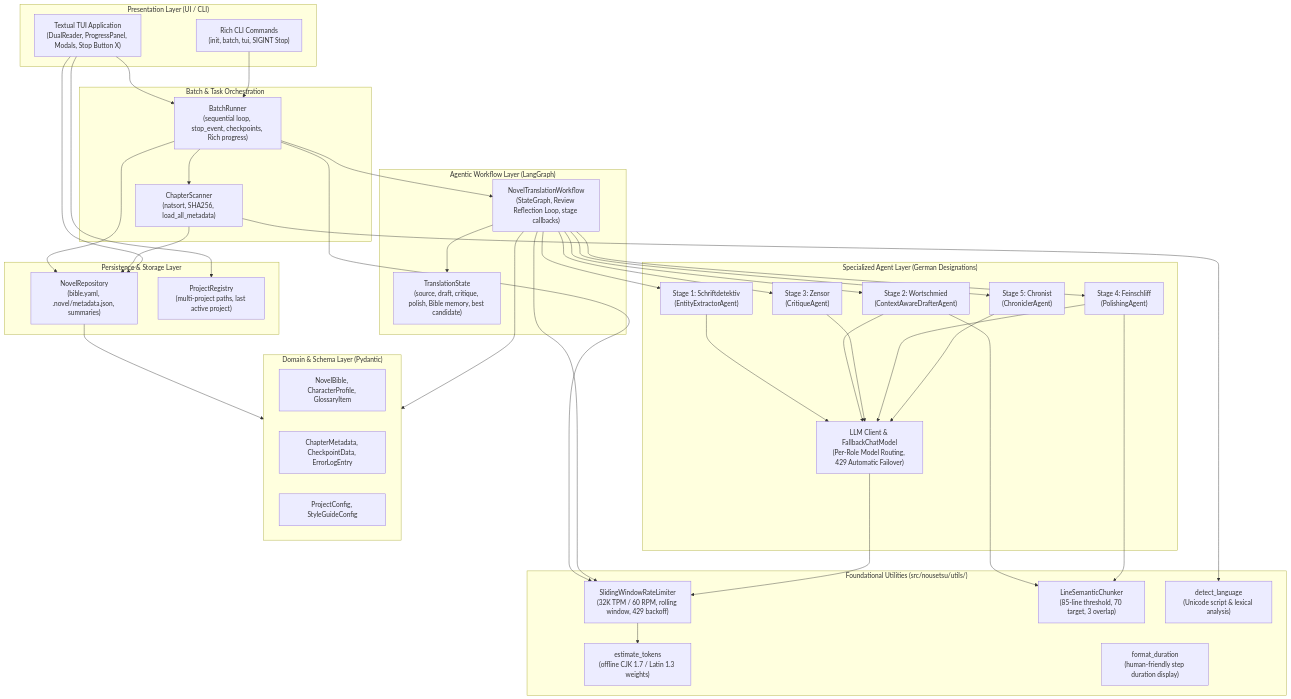
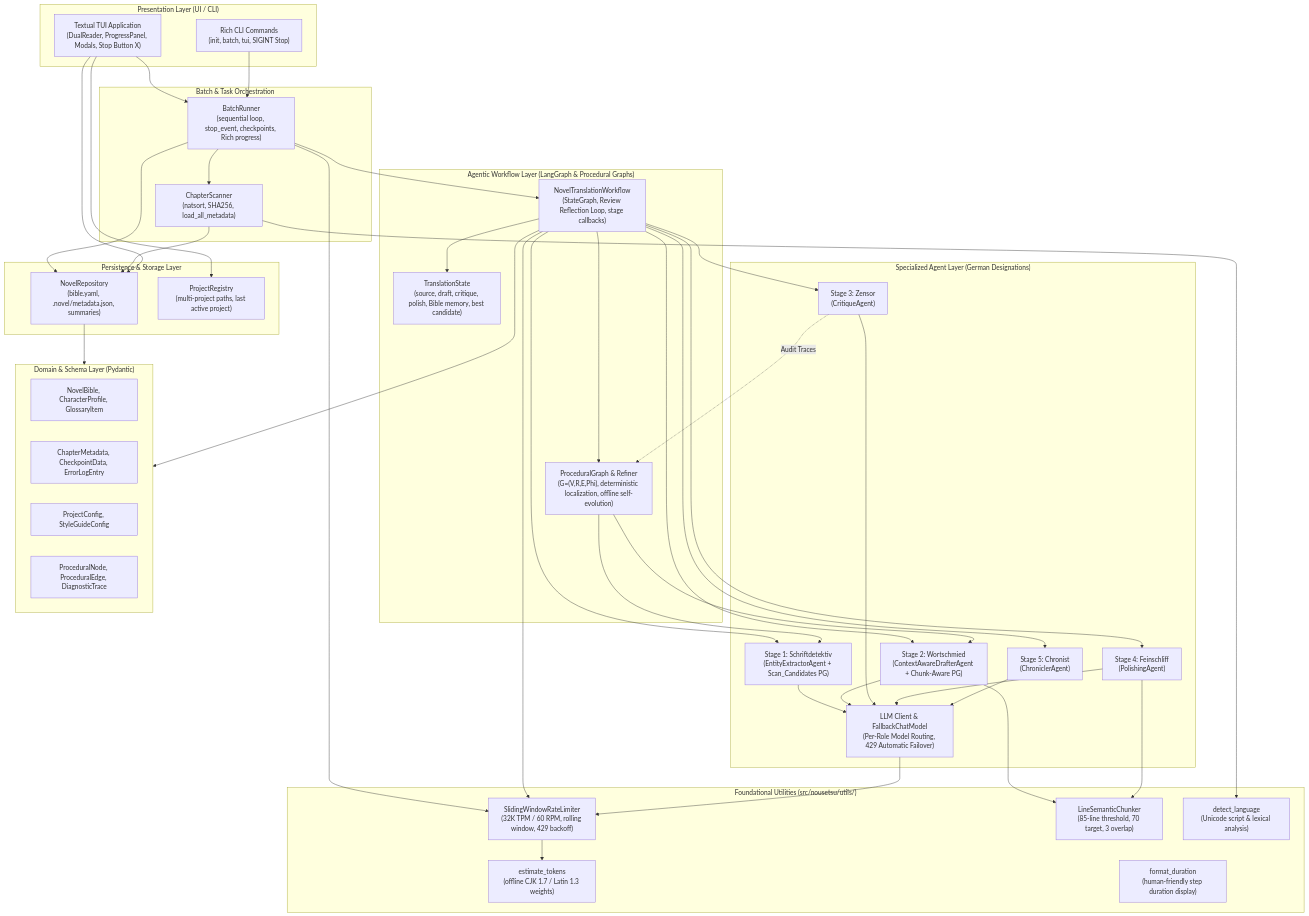
Before and after one commit to Checkmartyr/NouSetsu: the first of 2 diagrams in doc/architecture.md, drawn with Mermaid. The commit also changed other lines of this file and 15 other files, not shown here.

````diff
--- a/doc/architecture.md
+++ b/doc/architecture.md
@@ -9,75 +9,81 @@
 ```mermaid
 graph TD
     subgraph Presentation_Layer ["Presentation Layer (UI / CLI)"]
         TUI["Textual TUI Application<br/>(DualReader, ProgressPanel, Modals, Stop Button X)"]
         CLI["Rich CLI Commands<br/>(init, batch, tui, SIGINT Stop)"]
     end
 
     subgraph Batch_Orchestration ["Batch & Task Orchestration"]
         Scanner["ChapterScanner<br/>(natsort, SHA256, load_all_metadata)"]
         Runner["BatchRunner<br/>(sequential loop, stop_event, checkpoints, Rich progress)"]
     end
 
-    subgraph Workflow_Layer ["Agentic Workflow Layer (LangGraph)"]
+    subgraph Workflow_Layer ["Agentic Workflow Layer (LangGraph & Procedural Graphs)"]
         Workflow["NovelTranslationWorkflow<br/>(StateGraph, Review Reflection Loop, stage callbacks)"]
         State["TranslationState<br/>(source, draft, critique, polish, Bible memory, best candidate)"]
+        PG["ProceduralGraph & Refiner<br/>(G=(V,R,E,Phi), deterministic localization, offline self-evolution)"]
     end
 
     subgraph Agent_Layer ["Specialized Agent Layer (German Designations)"]
-        Extractor["Stage 1: Schriftdetektiv<br/>(EntityExtractorAgent)"]
-        Drafter["Stage 2: Wortschmied<br/>(ContextAwareDrafterAgent)"]
+        Extractor["Stage 1: Schriftdetektiv<br/>(EntityExtractorAgent + Scan_Candidates PG)"]
+        Drafter["Stage 2: Wortschmied<br/>(ContextAwareDrafterAgent + Chunk-Aware PG)"]
         Critic["Stage 3: Zensor<br/>(CritiqueAgent)"]
         Polisher["Stage 4: Feinschliff<br/>(PolishingAgent)"]
         Chronicler["Stage 5: Chronist<br/>(ChroniclerAgent)"]
         LLM["LLM Client & FallbackChatModel<br/>(Per-Role Model Routing, 429 Automatic Failover)"]
     end
 
     subgraph Utility_Layer ["Foundational Utilities (src/nousetsu/utils/)"]
         RateLimiter["SlidingWindowRateLimiter<br/>(32K TPM / 60 RPM, rolling window, 429 backoff)"]
         Chunker["LineSemanticChunker<br/>(85-line threshold, 70 target, 3 overlap)"]
         TokenEstimator["estimate_tokens<br/>(offline CJK 1.7 / Latin 1.3 weights)"]
         LangDetector["detect_language<br/>(Unicode script & lexical analysis)"]
         Formatter["format_duration<br/>(human-friendly step duration display)"]
     end
 
     subgraph Storage_Layer ["Persistence & Storage Layer"]
         Repo["NovelRepository<br/>(bible.yaml, .novel/metadata.json, summaries)"]
         Registry["ProjectRegistry<br/>(multi-project paths, last active project)"]
     end
 
     subgraph Domain_Models ["Domain & Schema Layer (Pydantic)"]
         M_Bible["NovelBible, CharacterProfile, GlossaryItem"]
         M_Meta["ChapterMetadata, CheckpointData, ErrorLogEntry"]
         M_Config["ProjectConfig, StyleGuideConfig"]
+        M_PG["ProceduralNode, ProceduralEdge, DiagnosticTrace"]
     end
 
     %% Dependencies
     TUI --> Runner
     CLI --> Runner
     Runner --> Scanner
     Runner --> Workflow
     Scanner --> LangDetector
     Runner --> RateLimiter
     Workflow --> State
+    Workflow --> PG
     Workflow --> Extractor
     Workflow --> Drafter
     Workflow --> Critic
     Workflow --> Polisher
     Workflow --> Chronicler
     Workflow --> RateLimiter
+    PG --> Extractor
+    PG --> Drafter
+    Critic -.->|"Audit Traces"| PG
     Drafter --> Chunker
     Polisher --> Chunker
     RateLimiter --> TokenEstimator
     Extractor --> LLM
     Drafter --> LLM
     Critic --> LLM
     Polisher --> LLM
     Chronicler --> LLM
     LLM --> RateLimiter
     Runner --> Repo
     Scanner --> Repo
     TUI --> Registry
     TUI --> Repo
     Repo --> Domain_Models
     Workflow --> Domain_Models
 ```
````
